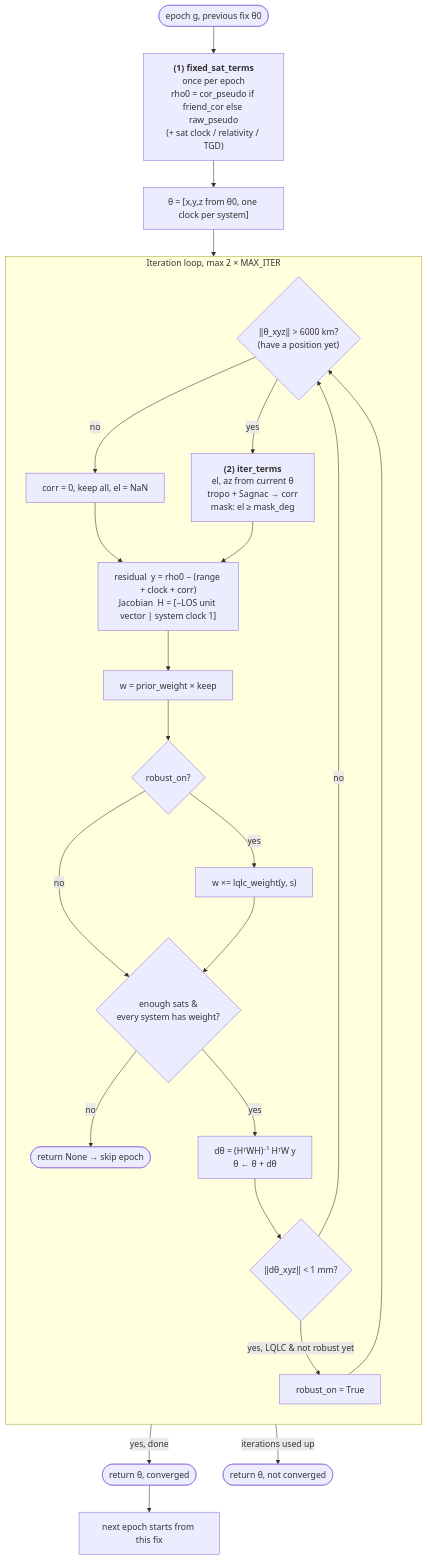
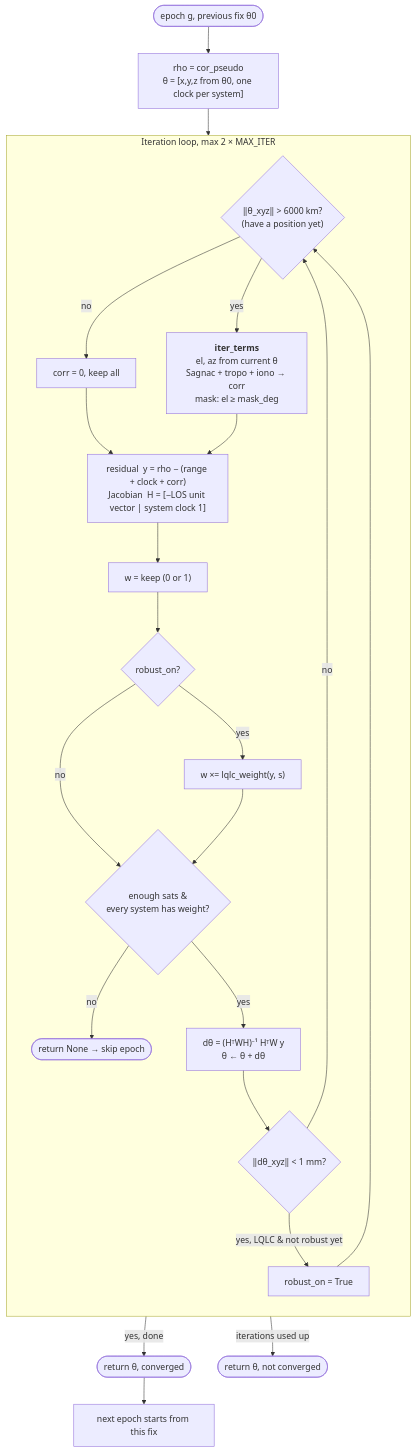
One commit to sing456123/FYP changed the fourth of 11 diagrams in README.md. Above: the diagram before and after it, drawn with Mermaid. The commit also changed other lines of this file and 12 other files, not shown here.

````diff
--- a/README.md
+++ b/README.md
@@ -32,29 +60,28 @@
 ```mermaid
 flowchart TD
-    S([epoch g, previous fix θ0]) --> R0["<b>(1) fixed_sat_terms</b><br/>once per epoch<br/>rho0 = cor_pseudo if friend_cor else raw_pseudo<br/>(+ sat clock / relativity / TGD)"]
-    R0 --> INIT["θ = [x,y,z from θ0, one clock per system]"]
+    S([epoch g, previous fix θ0]) --> INIT["rho = cor_pseudo<br/>θ = [x,y,z from θ0, one clock per system]"]
     INIT --> LOOP
 
     subgraph LOOP [Iteration loop, max 2 × MAX_ITER]
         direction TB
         P{"‖θ_xyz‖ > 6000 km?<br/>(have a position yet)"}
-        P -- no --> Z["corr = 0, keep all, el = NaN"]
-        P -- yes --> IT["<b>(2) iter_terms</b><br/>el, az from current θ<br/>tropo + Sagnac → corr<br/>mask: el ≥ mask_deg"]
+        P -- no --> Z["corr = 0, keep all"]
+        P -- yes --> IT["<b>iter_terms</b><br/>el, az from current θ<br/>Sagnac + tropo + iono → corr<br/>mask: el ≥ mask_deg"]
         Z --> Y
-        IT --> Y["residual  y = rho0 − (range + clock + corr)<br/>Jacobian  H = [−LOS unit vector | system clock 1]"]
-        Y --> W["w = prior_weight × keep"]
+        IT --> Y["residual  y = rho − (range + clock + corr)<br/>Jacobian  H = [−LOS unit vector | system clock 1]"]
+        Y --> W["w = keep (0 or 1)"]
         W --> RB{robust_on?}
         RB -- yes --> LW["w ×= lqlc_weight(y, s)"]
         RB -- no --> CHK
         LW --> CHK{"enough sats &<br/>every system has weight?"}
         CHK -- no --> NONE([return None → skip epoch])
         CHK -- yes --> STEP["dθ = (HᵀWH)⁻¹ HᵀW y<br/>θ ← θ + dθ"]
         STEP --> CONV{"‖dθ_xyz‖ < 1 mm?"}
         CONV -- no --> P
         CONV -- "yes, LQLC & not robust yet" --> ON["robust_on = True"] --> P
     end
 
     CONV -- "yes, done" --> OK([return θ, converged])
     LOOP -- "iterations used up" --> NC([return θ, not converged])
     OK --> NEXT["next epoch starts from this fix"]
 ```
````
